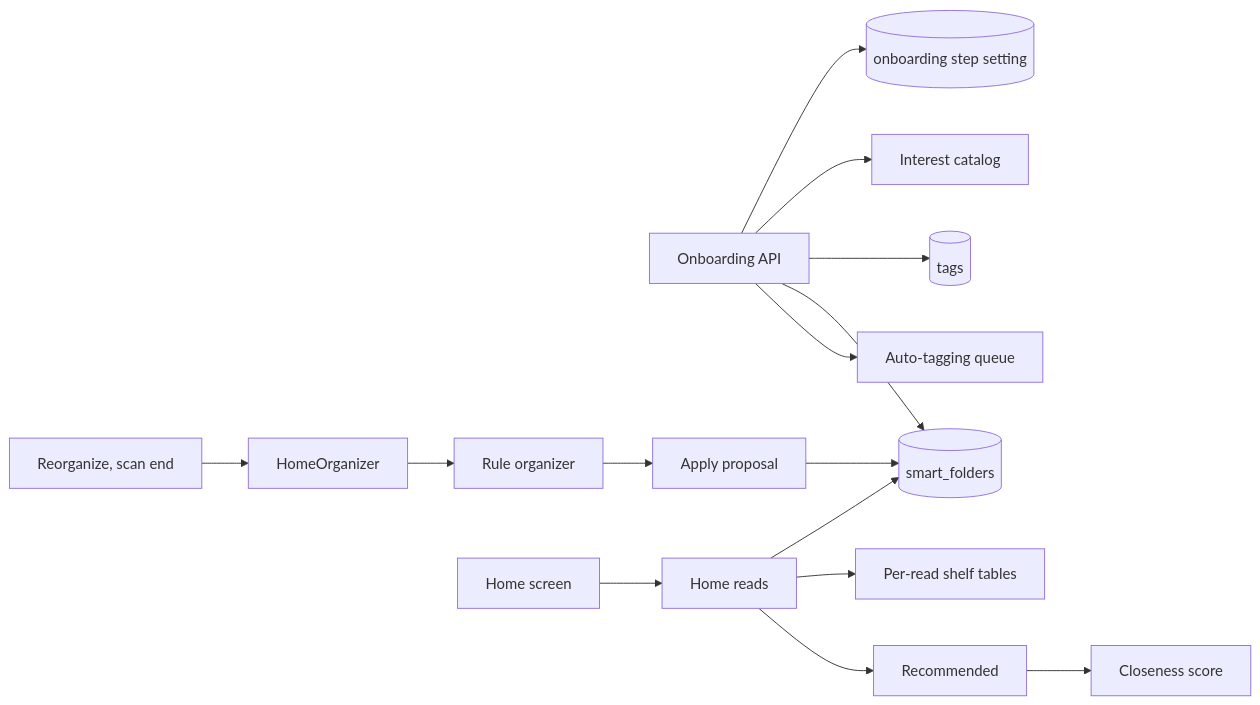
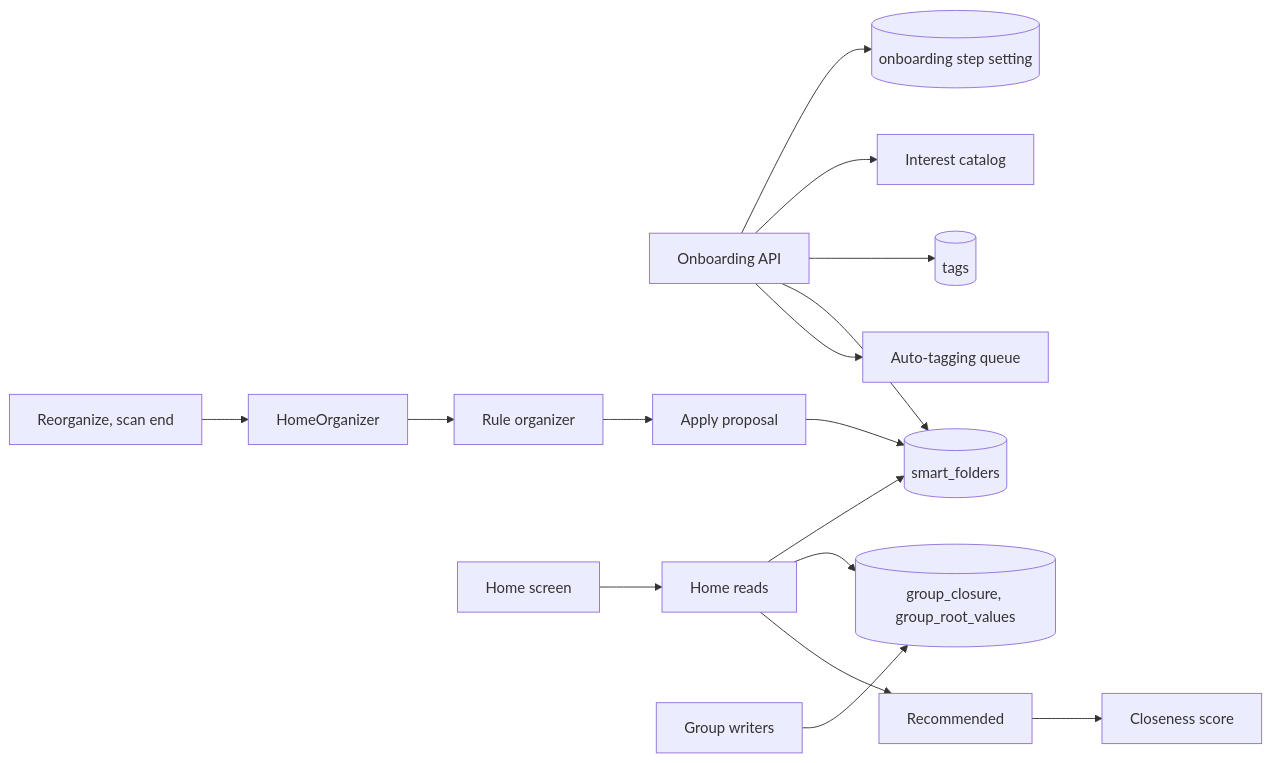
Before and after one commit to syudead/vv: the first of 2 diagrams in specs/057-home/plan.md, drawn with Mermaid. The commit also changed other lines of this file and 3 other files, not shown here.

First line of the commit message:
docs(057): record the persisted group closure and the index-walk read

````diff
--- a/specs/057-home/plan.md
+++ b/specs/057-home/plan.md
@@ -21,17 +21,18 @@
 ```mermaid
 flowchart LR
   ob[Onboarding API] --> step[(onboarding step setting)]
   ob --> interests[Interest catalog]
   ob --> tags[(tags)]
   ob --> sf[(smart_folders)]
   ob --> autotag[Auto-tagging queue]
   triggers[Reorganize, scan end] --> org[HomeOrganizer]
   org --> rules[Rule organizer]
   rules --> apply[Apply proposal]
   apply --> sf
   home[Home screen] --> read[Home reads]
   read --> sf
-  read --> tables[Per-read shelf tables]
+  read --> closure[(group_closure, group_root_values)]
+  groups[Group writers] --> closure
   read --> rec[Recommended]
   rec --> score[Closeness score]
 ```
````
